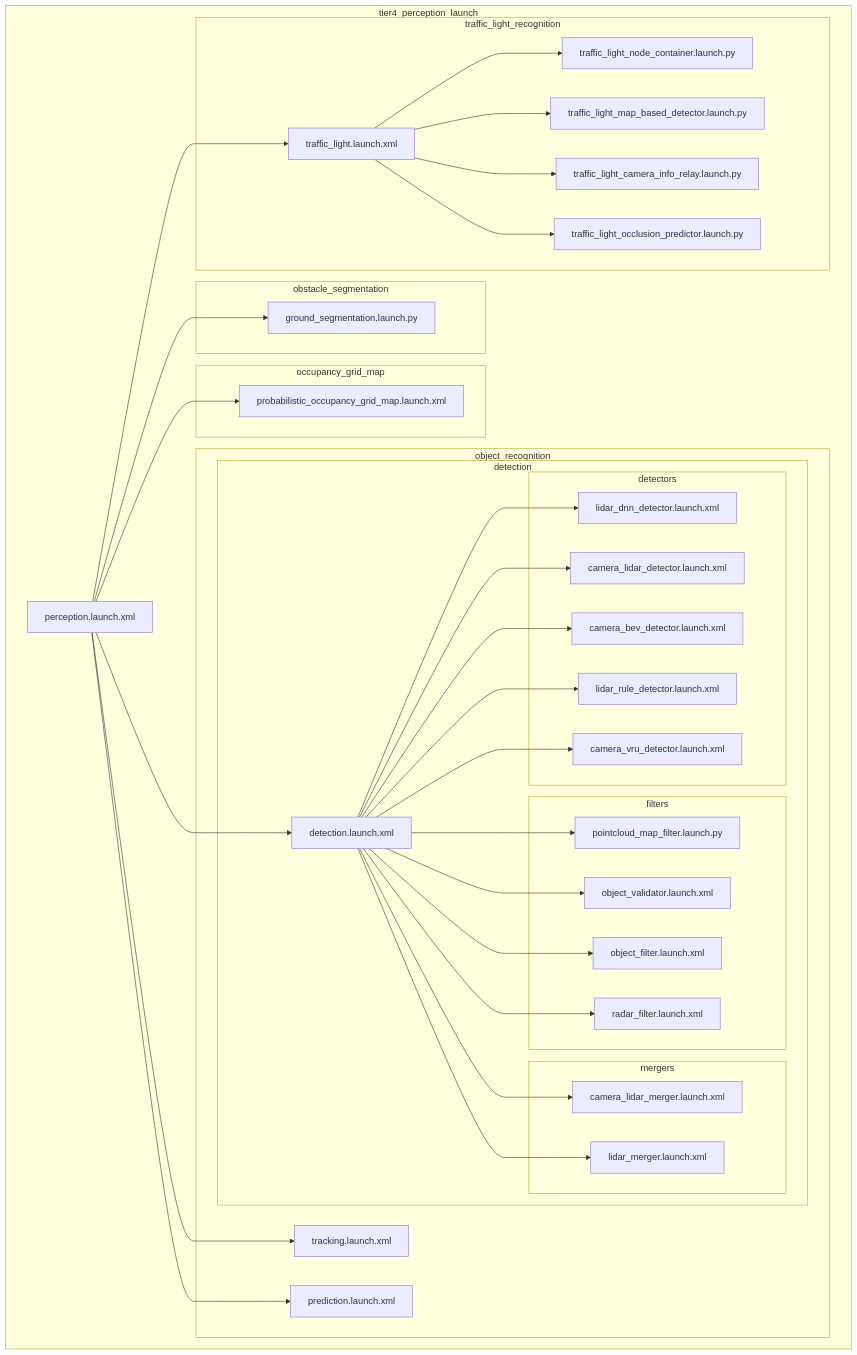
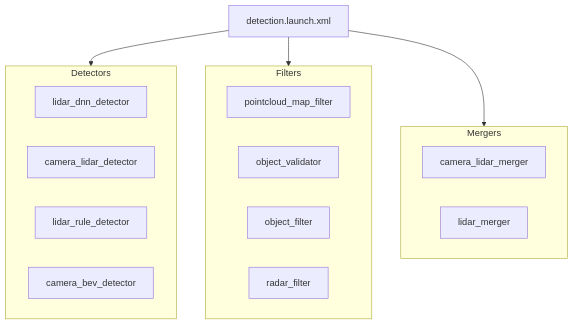
The third of 20 diagrams in docs/launch-architecture.md (youtalk/autoware_universe), drawn with Mermaid before and after one commit. The commit also changed other lines of this file, not shown here.

````diff
--- a/docs/launch-architecture.md
+++ b/docs/launch-architecture.md
@@ -62,75 +94,27 @@
 ```mermaid
 graph TB
-    subgraph tier4_perception_launch
-        P[perception.launch.xml]
+    DET[detection.launch.xml]
 
-        subgraph obstacle_segmentation
-            GS[ground_segmentation.launch.py]
-        end
-
-        subgraph occupancy_grid_map
-            OGM[probabilistic_occupancy_grid_map.launch.xml]
-        end
-
-        subgraph object_recognition
-            subgraph detection
-                DET[detection.launch.xml]
-
-                subgraph detectors
-                    LIDAR_DNN[lidar_dnn_detector.launch.xml]
-                    CAM_LIDAR[camera_lidar_detector.launch.xml]
-                    CAM_BEV[camera_bev_detector.launch.xml]
-                    LIDAR_RULE[lidar_rule_detector.launch.xml]
-                    CAM_VRU[camera_vru_detector.launch.xml]
-                end
-
-                subgraph filters
-                    PC_MAP[pointcloud_map_filter.launch.py]
-                    OBJ_VAL[object_validator.launch.xml]
-                    OBJ_FIL[object_filter.launch.xml]
-                    RADAR_FIL[radar_filter.launch.xml]
-                end
-
-                subgraph mergers
-                    CAM_LIDAR_M[camera_lidar_merger.launch.xml]
-                    LIDAR_M[lidar_merger.launch.xml]
-                end
-            end
-
-            TRK[tracking.launch.xml]
-            PRED[prediction.launch.xml]
-        end
-
-        subgraph traffic_light_recognition
-            TL[traffic_light.launch.xml]
-            TL_CONTAINER[traffic_light_node_container.launch.py]
-            TL_MAP[traffic_light_map_based_detector.launch.py]
-            TL_CAM[traffic_light_camera_info_relay.launch.py]
-            TL_OCC[traffic_light_occlusion_predictor.launch.py]
-        end
+    subgraph detectors["Detectors"]
+        D1[lidar_dnn_detector]
+        D2[camera_lidar_detector]
+        D3[lidar_rule_detector]
+        D4[camera_bev_detector]
     end
 
-    P --> GS
-    P --> OGM
-    P --> DET
-    P --> TRK
-    P --> PRED
-    P --> TL
+    subgraph filters["Filters"]
+        F1[pointcloud_map_filter]
+        F2[object_validator]
+        F3[object_filter]
+        F4[radar_filter]
+    end
 
-    DET --> LIDAR_DNN
-    DET --> CAM_LIDAR
-    DET --> CAM_BEV
-    DET --> LIDAR_RULE
-    DET --> CAM_VRU
-    DET --> PC_MAP
-    DET --> OBJ_VAL
-    DET --> OBJ_FIL
-    DET --> RADAR_FIL
-    DET --> CAM_LIDAR_M
-    DET --> LIDAR_M
+    subgraph mergers["Mergers"]
+        M1[camera_lidar_merger]
+        M2[lidar_merger]
+    end
 
-    TL --> TL_CONTAINER
-    TL --> TL_MAP
-    TL --> TL_CAM
-    TL --> TL_OCC
+    DET --> detectors
+    DET --> filters
+    DET --> mergers
 ```
````
